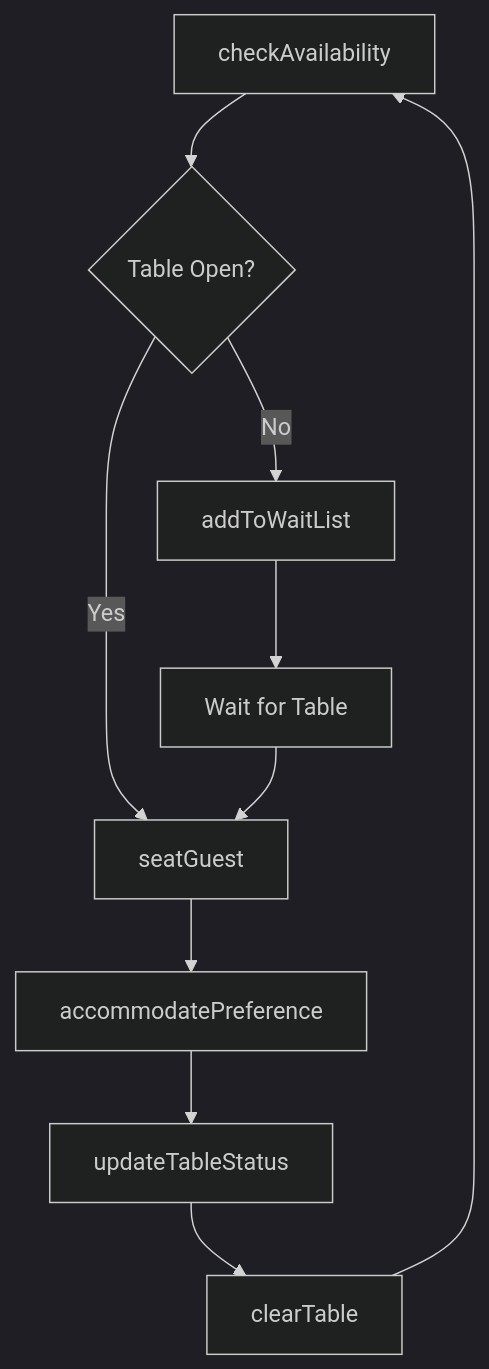
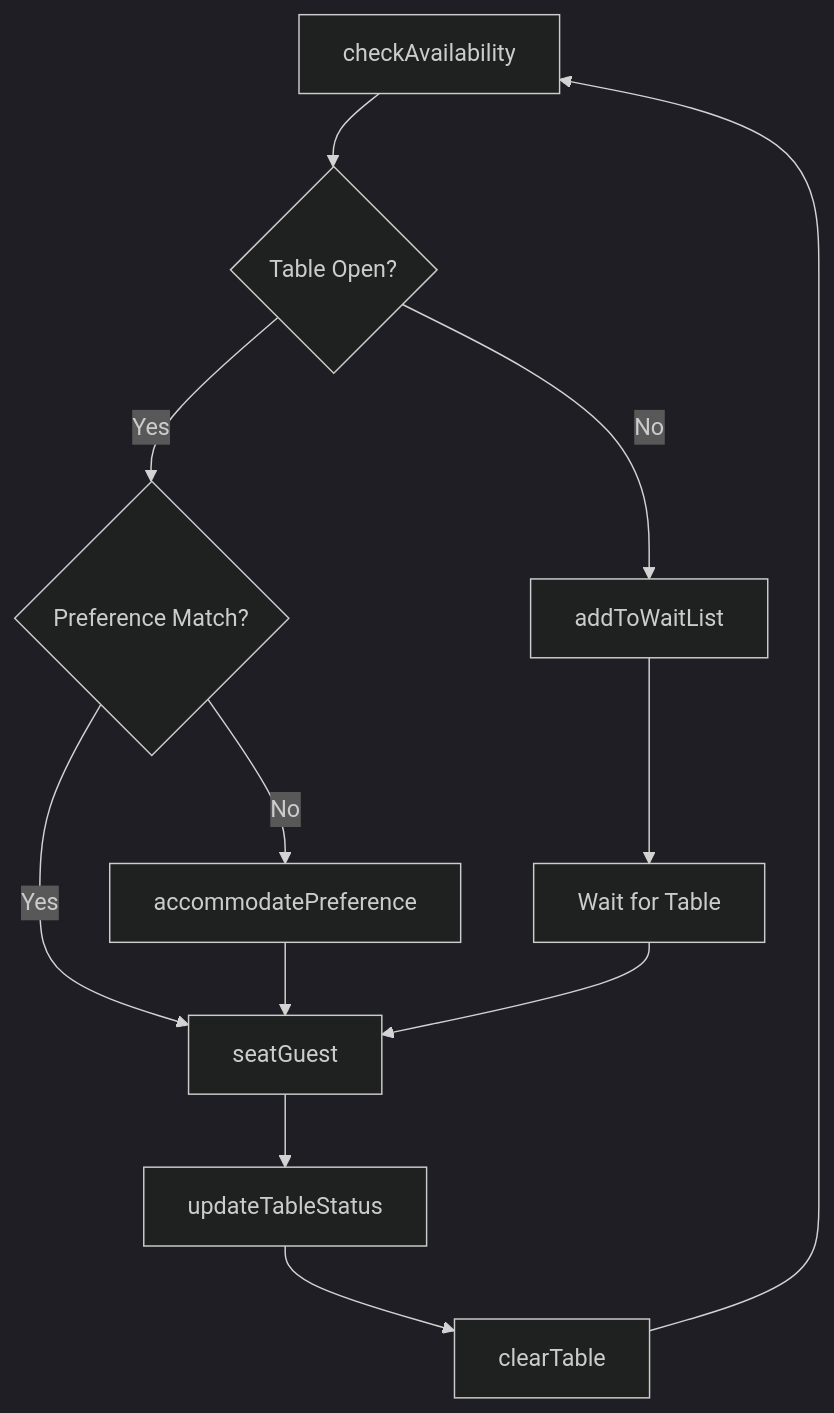
The third of 4 diagrams in AssistingAndCaringForOthers/ProvideGeneralAssistanceToOthersSuchAsCustomersPatronsOrMotorists/AssistCustomersSeatingArrangements.mdx (dot-org-ai/tasks.org.ai), drawn with Mermaid (dark theme) before and after one commit. The commit also changed other lines of this file and 504 other files, not shown here.

First line of the commit message:
feat: Add ER diagrams, state diagrams, and workflow improvements to 96 DWA task files

````diff
--- a/AssistingAndCaringForOthers/ProvideGeneralAssistanceToOthersSuchAsCustomersPatronsOrMotorists/AssistCustomersSeatingArrangements.mdx
+++ b/AssistingAndCaringForOthers/ProvideGeneralAssistanceToOthersSuchAsCustomersPatronsOrMotorists/AssistCustomersSeatingArrangements.mdx
@@ -84,12 +110,14 @@
 ```mermaid
 graph TD
     A[checkAvailability] --> B{Table Open?}
-    B -->|Yes| C[seatGuest]
+    B -->|Yes| C{Preference Match?}
     B -->|No| D[addToWaitList]
-    D --> E[Wait for Table]
-    E --> C
-    C --> F[accommodatePreference]
-    F --> G[updateTableStatus]
-    G --> H[clearTable]
-    H --> A
+    C -->|Yes| E[seatGuest]
+    C -->|No| F[accommodatePreference]
+    F --> E
+    D --> G[Wait for Table]
+    G --> E
+    E --> H[updateTableStatus]
+    H --> I[clearTable]
+    I --> A
 ```
````
